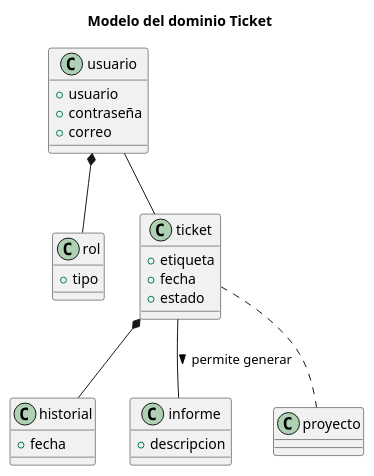
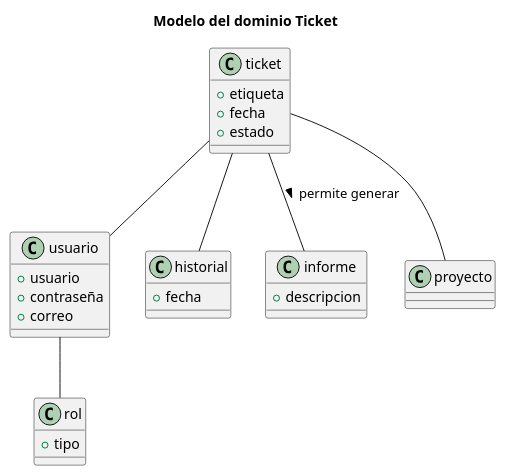
Before and after one commit to mmasias/23-24-IdSw1-SDR: the diagram in modelosUML/DiagramasModeloDominio/ModeloDominioTicket.puml, drawn with PlantUML. The commit also changed 1 other file, not shown here.

```diff
--- a/modelosUML/DiagramasModeloDominio/ModeloDominioTicket.puml
+++ b/modelosUML/DiagramasModeloDominio/ModeloDominioTicket.puml
@@ -1,38 +1,38 @@
 @startuml Modelo del dominio Ticket
 'https://plantuml.com/sequence-diagram
 title Modelo del dominio Ticket
 
 class usuario{ 
     +usuario
     +contraseña
     +correo  
 }
 
 class rol{ 
     +tipo
 }
 
 class ticket{
     +etiqueta
     +fecha
     +estado 
 }
 
 class historial{ 
     +fecha
 }
 
 class informe{ 
     +descripcion
 }
 
 class proyecto
 
-usuario *-- rol
-usuario -- ticket
-ticket .. proyecto
-ticket *-- historial
+usuario -- rol
+ticket-- usuario
+ticket -- proyecto
+ticket -- historial
 
 ticket -d- informe : > permite generar
 
 @enduml
```
